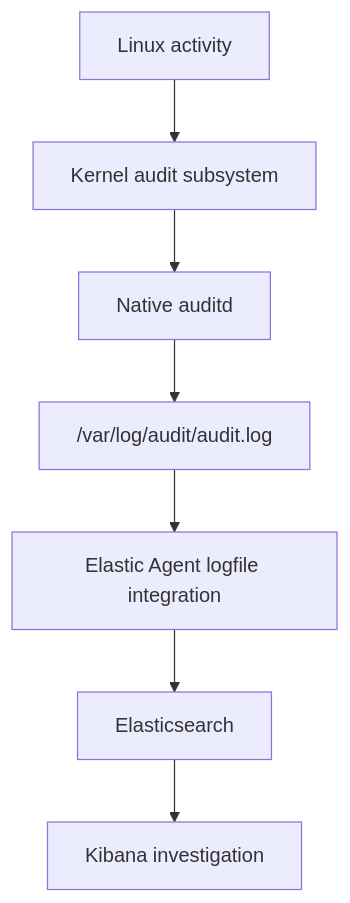
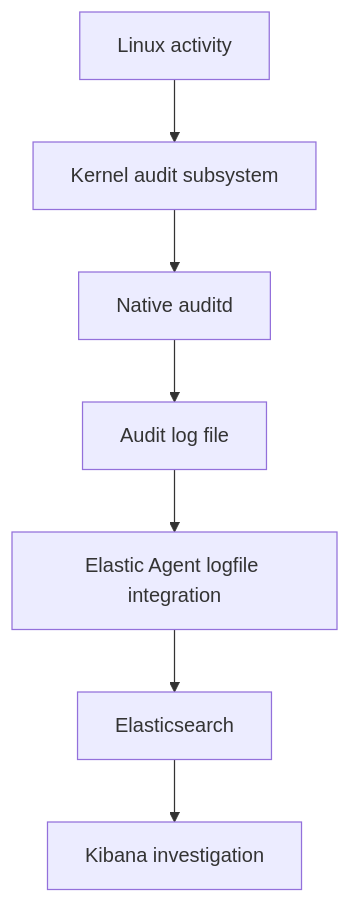
Before and after one commit to KdMenon007/CatchMe-SOC-Project-01: the third of 10 diagrams in 02-scenario/README.md, drawn with Mermaid. The commit also changed other lines of this file, not shown here.

````diff
--- a/02-scenario/README.md
+++ b/02-scenario/README.md
@@ -179,9 +179,9 @@
 ```mermaid
 flowchart TD
-    A["Linux activity"] --> B["Kernel audit subsystem"]
-    B --> C["Native auditd"]
-    C --> D["/var/log/audit/audit.log"]
-    D --> E["Elastic Agent logfile integration"]
-    E --> F["Elasticsearch"]
-    F --> G["Kibana investigation"]
+    A[Linux activity] --> B[Kernel audit subsystem]
+    B --> C[Native auditd]
+    C --> D[Audit log file]
+    D --> E[Elastic Agent logfile integration]
+    E --> F[Elasticsearch]
+    F --> G[Kibana investigation]
 ```
````
